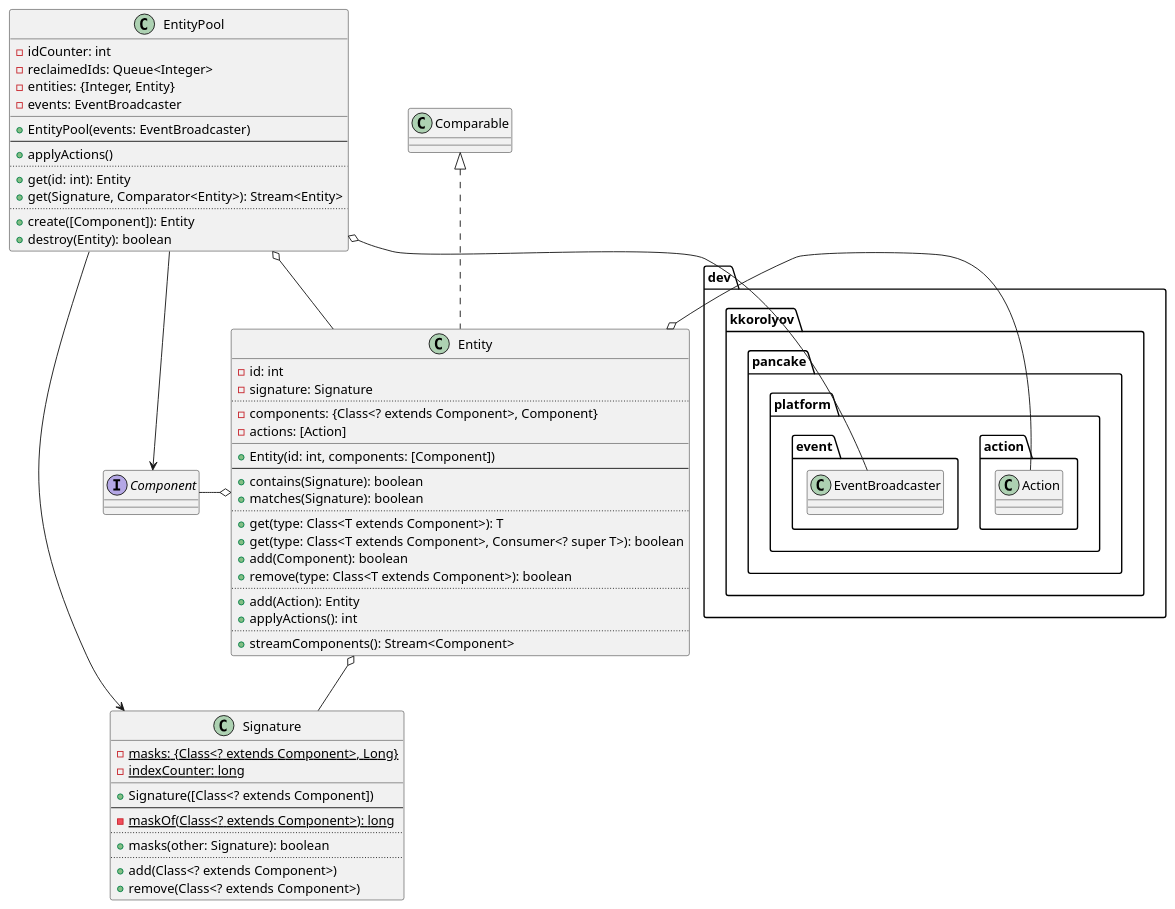
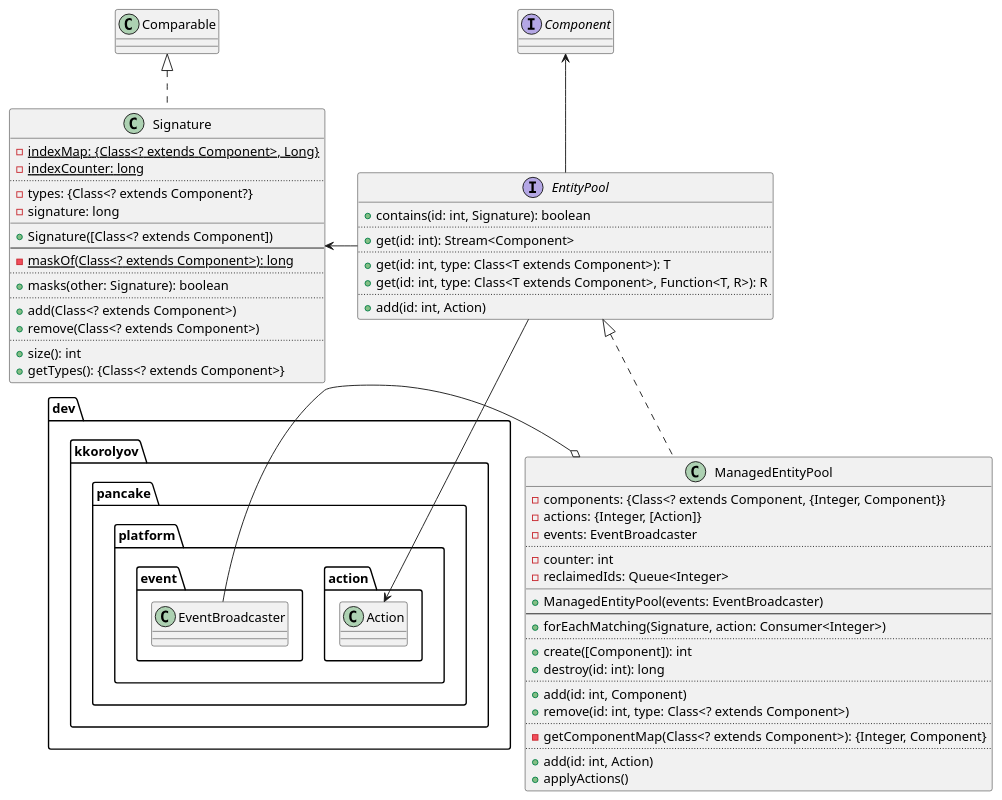
Before and after one commit to kkorolyov/pancake: the diagram in docs/uml/pancake-platform/entity.class.puml, drawn with PlantUML. The commit also changed 5 other files, not shown here.

Commit message:
Update UML

```diff
--- a/docs/uml/pancake-platform/entity.class.puml
+++ b/docs/uml/pancake-platform/entity.class.puml
@@ -1,67 +1,66 @@
 @startuml
 
 interface Component
 
-class Entity {
-	-id: int
-	-signature: Signature
+class Signature {
+	{static} -indexMap: {Class<? extends Component>, Long}
+	{static} -indexCounter: long
 	..
-	-components: {Class<? extends Component>, Component}
-	-actions: [Action]
-	__
-	+Entity(id: int, components: [Component])
-	--
-	+contains(Signature): boolean
-	+matches(Signature): boolean
-	..
-	+get(type: Class<T extends Component>): T
-	+get(type: Class<T extends Component>, Consumer<? super T>): boolean
-	+add(Component): boolean
-	+remove(type: Class<T extends Component>): boolean
-	..
-	+add(Action): Entity
-	+applyActions(): int
-	..
-	+streamComponents(): Stream<Component>
-}
-Entity .u.|> Comparable
-Entity o-- Signature
-Entity o-l- Component
-Entity o- dev.kkorolyov.pancake.platform.action.Action
-
-class EntityPool {
-	-idCounter: int
-	-reclaimedIds: Queue<Integer>
-	-entities: {Integer, Entity}
-	-events: EventBroadcaster
-	__
-	+EntityPool(events: EventBroadcaster)
-	--
-	+applyActions()
-	..
-	+get(id: int): Entity
-	+get(Signature, Comparator<Entity>): Stream<Entity>
-	..
-	+create([Component]): Entity
-	+destroy(Entity): boolean
-}
-EntityPool o-- Entity
-EntityPool --> Component
-EntityPool --> Signature
-EntityPool o- dev.kkorolyov.pancake.platform.event.EventBroadcaster
-
-class Signature {
-	{static} -masks: {Class<? extends Component>, Long}
-	{static} -indexCounter: long
+	-types: {Class<? extends Component?}
+	-signature: long
 	__
 	+Signature([Class<? extends Component])
 	--
 	{static} -maskOf(Class<? extends Component>): long
 	..
 	+masks(other: Signature): boolean
 	..
 	+add(Class<? extends Component>)
 	+remove(Class<? extends Component>)
+	..
+	+size(): int
+	+getTypes(): {Class<? extends Component>}
 }
+Signature .u.|> Comparable
+
+interface EntityPool {
+	+contains(id: int, Signature): boolean
+	..
+	+get(id: int): Stream<Component>
+	..
+	+get(id: int, type: Class<T extends Component>): T
+	+get(id: int, type: Class<T extends Component>, Function<T, R>): R
+	..
+	+add(id: int, Action)
+}
+EntityPool -u-> Component
+EntityPool -l-> Signature
+EntityPool -r-> dev.kkorolyov.pancake.platform.action.Action
+
+class ManagedEntityPool {
+	-components: {Class<? extends Component, {Integer, Component}}
+	-actions: {Integer, [Action]}
+	-events: EventBroadcaster
+	..
+	-counter: int
+	-reclaimedIds: Queue<Integer>
+	__
+	+ManagedEntityPool(events: EventBroadcaster)
+	--
+	+forEachMatching(Signature, action: Consumer<Integer>)
+	..
+	+create([Component]): int
+	+destroy(id: int): long
+	..
+	+add(id: int, Component)
+	+remove(id: int, type: Class<? extends Component>)
+	..
+	-getComponentMap(Class<? extends Component>): {Integer, Component}
+	..
+	+add(id: int, Action)
+	+applyActions()
+}
+ManagedEntityPool .u.|> EntityPool
+ManagedEntityPool o- dev.kkorolyov.pancake.platform.event.EventBroadcaster
 
 @enduml
```
